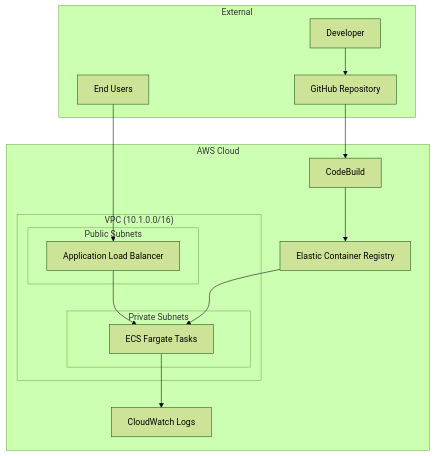
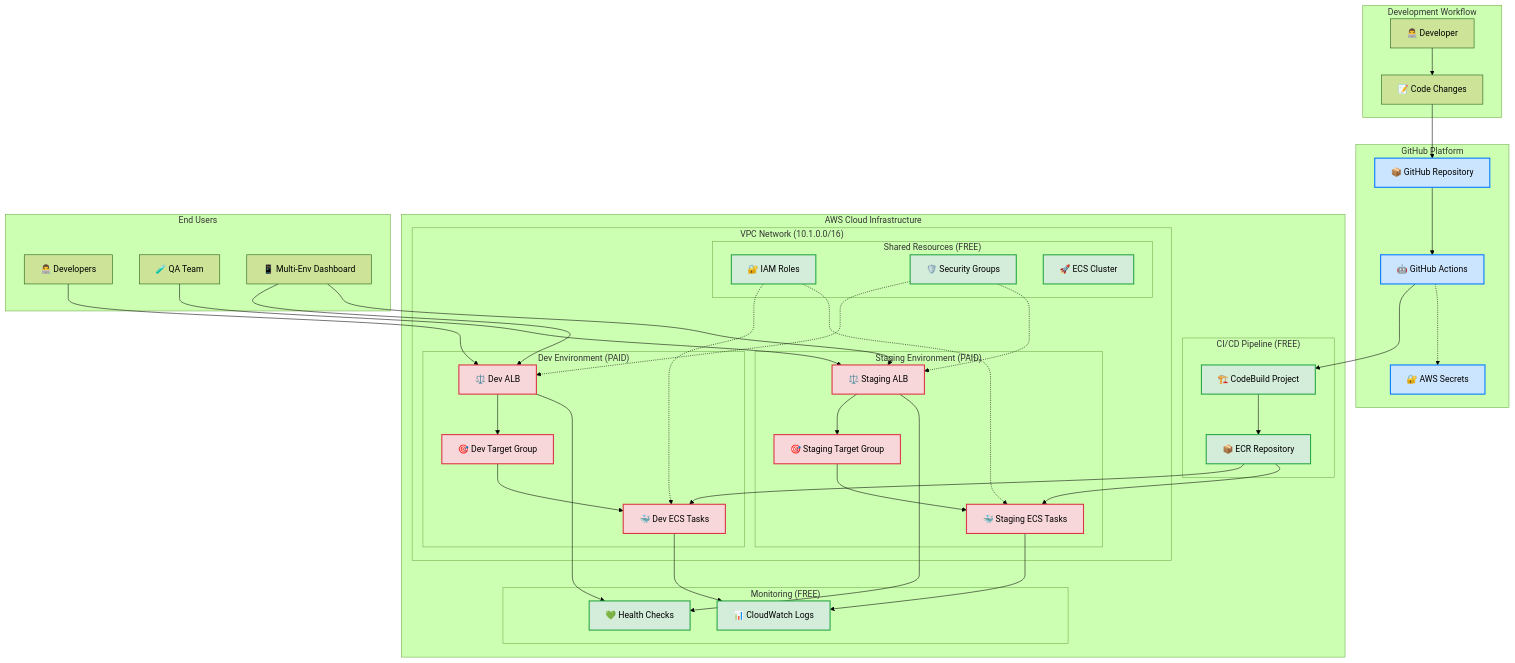
One commit to nipate/Deploy-App-ECS-AWS changed the diagram in README.md. Above: the diagram before and after it, drawn with Mermaid (forest theme). The commit also changed other lines of this file, not shown here.

Commit message:
readme update

````diff
--- a/README.md
+++ b/README.md
@@ -38,32 +38,96 @@
 ```mermaid
 graph TB
-    subgraph "AWS Cloud"
-        subgraph "VPC (10.1.0.0/16)"
-            subgraph "Public Subnets"
-                ALB[Application Load Balancer]
+    subgraph "Development Workflow"
+        DEV[👨‍💻 Developer]
+        CODE[📝 Code Changes]
+    end
+    
+    subgraph "GitHub Platform"
+        REPO[📦 GitHub Repository]
+        ACTIONS[🤖 GitHub Actions]
+        SECRETS[🔐 AWS Secrets]
+    end
+    
+    subgraph "AWS Cloud Infrastructure"
+        subgraph "CI/CD Pipeline (FREE)"
+            CB[🏗️ CodeBuild Project]
+            ECR[📦 ECR Repository]
+        end
+        
+        subgraph "VPC Network (10.1.0.0/16)"
+            subgraph "Shared Resources (FREE)"
+                IAM[🔐 IAM Roles]
+                SG[🛡️ Security Groups]
+                CLUSTER[🚀 ECS Cluster]
             end
-            subgraph "Private Subnets"
-                ECS[ECS Fargate Tasks]
+            
+            subgraph "Dev Environment (PAID)"
+                ALB_DEV[⚖️ Dev ALB]
+                ECS_DEV[🐳 Dev ECS Tasks]
+                TG_DEV[🎯 Dev Target Group]
+            end
+            
+            subgraph "Staging Environment (PAID)"
+                ALB_STAGE[⚖️ Staging ALB]
+                ECS_STAGE[🐳 Staging ECS Tasks]
+                TG_STAGE[🎯 Staging Target Group]
             end
         end
         
-        ECR[Elastic Container Registry]
-        CB[CodeBuild]
-        CW[CloudWatch Logs]
+        subgraph "Monitoring (FREE)"
+            CW[📊 CloudWatch Logs]
+            HEALTH[💚 Health Checks]
+        end
     end
     
-    subgraph "External"
-        USER[End Users]
-        GH[GitHub Repository]
-        DEV[Developer]
+    subgraph "End Users"
+        DEVS[👨‍💻 Developers]
+        QA[🧪 QA Team]
+        DASH[📱 Multi-Env Dashboard]
     end
     
-    USER --> ALB
-    ALB --> ECS
-    ECS --> CW
+    %% Development Flow
+    DEV --> CODE
+    CODE --> REPO
+    REPO --> ACTIONS
     
-    DEV --> GH
-    GH --> CB
+    %% CI/CD Pipeline
+    ACTIONS --> CB
+    ACTIONS -.-> SECRETS
     CB --> ECR
-    ECR --> ECS
+    
+    %% Multi-Environment Deployment
+    ECR --> ECS_DEV
+    ECR --> ECS_STAGE
+    
+    %% Load Balancer Integration
+    ALB_DEV --> TG_DEV
+    ALB_STAGE --> TG_STAGE
+    TG_DEV --> ECS_DEV
+    TG_STAGE --> ECS_STAGE
+    
+    %% Security & Monitoring
+    IAM -.-> ECS_DEV
+    IAM -.-> ECS_STAGE
+    SG -.-> ALB_DEV
+    SG -.-> ALB_STAGE
+    ECS_DEV --> CW
+    ECS_STAGE --> CW
+    ALB_DEV --> HEALTH
+    ALB_STAGE --> HEALTH
+    
+    %% User Access
+    DEVS --> ALB_DEV
+    QA --> ALB_STAGE
+    DASH --> ALB_DEV
+    DASH --> ALB_STAGE
+    
+    %% Styling
+    classDef freeResource fill:#d4edda,stroke:#28a745,stroke-width:2px
+    classDef paidResource fill:#f8d7da,stroke:#dc3545,stroke-width:2px
+    classDef cicdResource fill:#cce5ff,stroke:#007bff,stroke-width:2px
+    
+    class IAM,SG,CLUSTER,ECR,CB,CW,HEALTH freeResource
+    class ALB_DEV,ALB_STAGE,ECS_DEV,ECS_STAGE,TG_DEV,TG_STAGE paidResource
+    class REPO,ACTIONS,SECRETS cicdResource
 ```
````
